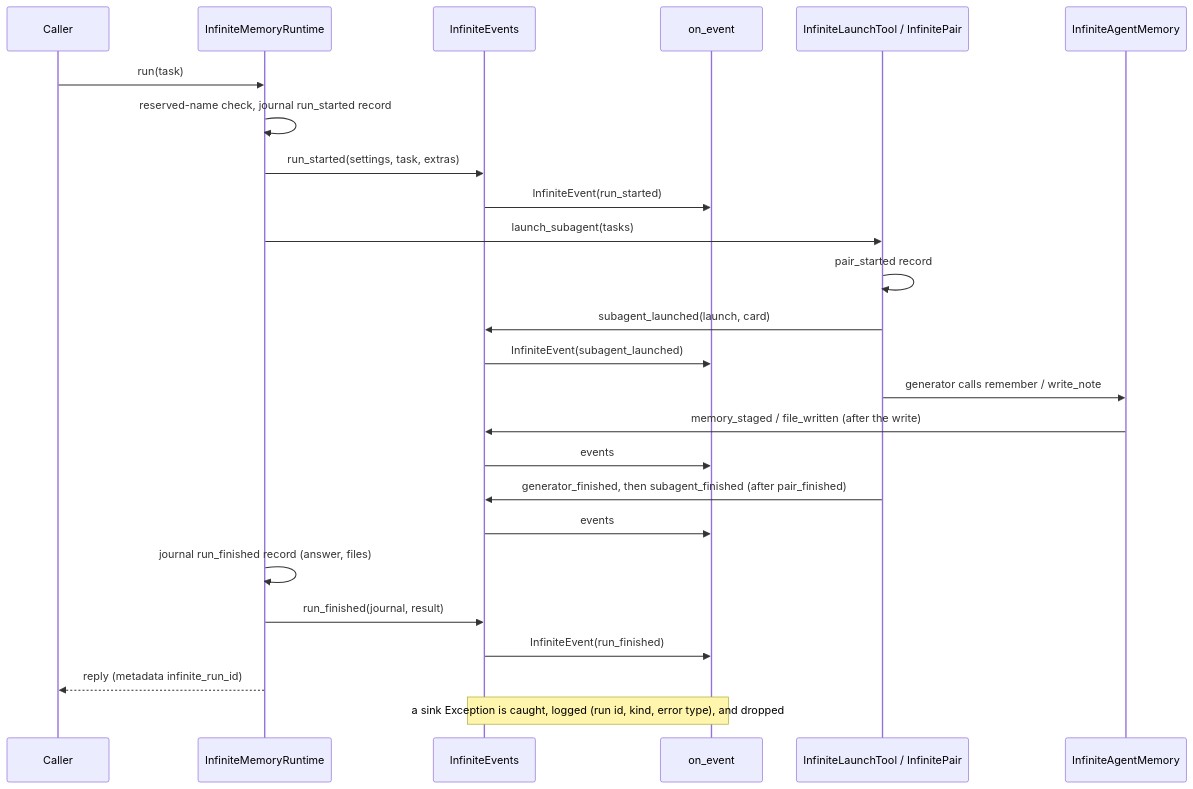
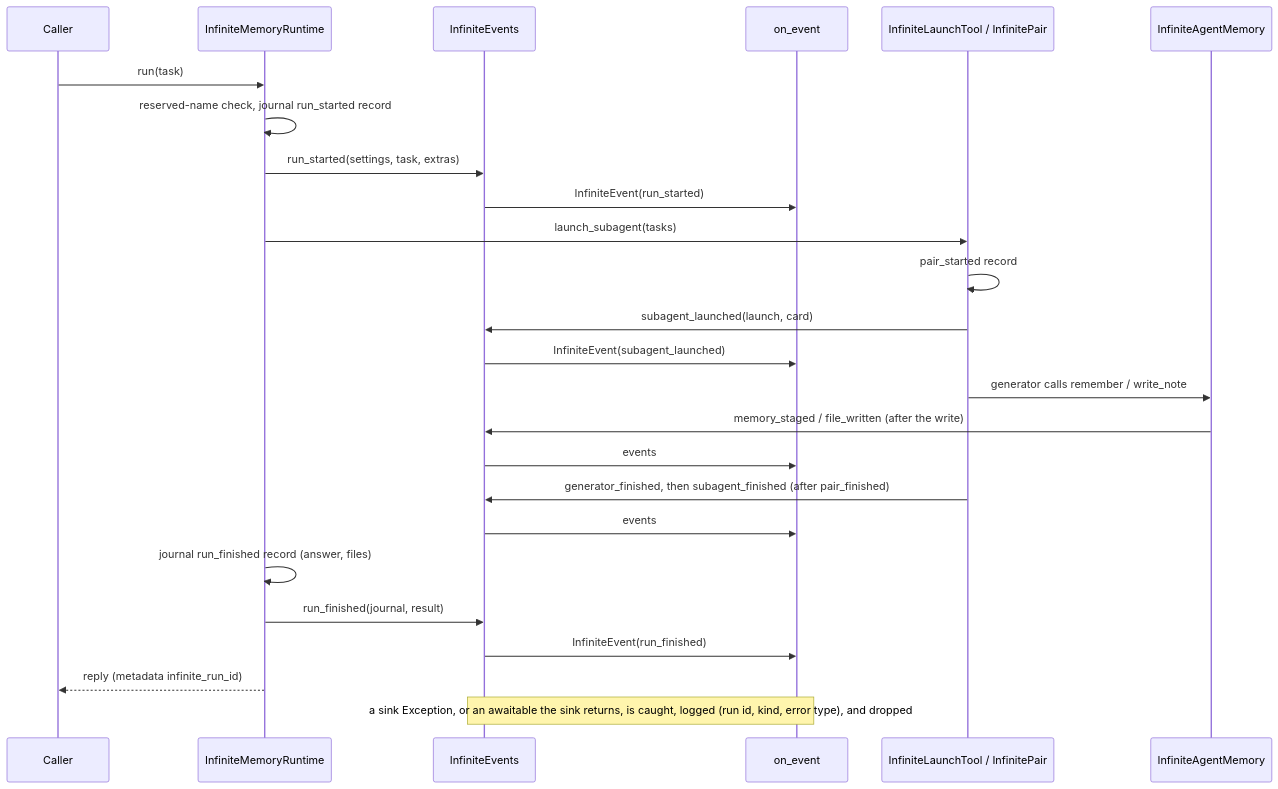
The second of 2 diagrams in docs/spec/infinite-memory-events/spec.md (cerredz/Vidbyte-SDK), drawn with Mermaid before and after one commit. The commit also changed other lines of this file, not shown here.

Commit message:
docs(spec): revise infinite-memory-events spec r2 (re-baseline on #1113, bound event sizes, review r1)

````diff
--- a/docs/spec/infinite-memory-events/spec.md
+++ b/docs/spec/infinite-memory-events/spec.md
@@ -125,27 +127,27 @@
 ```mermaid
 sequenceDiagram
   participant Caller
   participant Runtime as InfiniteMemoryRuntime
   participant Events as InfiniteEvents
   participant Sink as on_event
   participant Launch as InfiniteLaunchTool / InfinitePair
   participant Memory as InfiniteAgentMemory
   Caller->>Runtime: run(task)
   Runtime->>Runtime: reserved-name check, journal run_started record
   Runtime->>Events: run_started(settings, task, extras)
   Events->>Sink: InfiniteEvent(run_started)
   Runtime->>Launch: launch_subagent(tasks)
   Launch->>Launch: pair_started record
   Launch->>Events: subagent_launched(launch, card)
   Events->>Sink: InfiniteEvent(subagent_launched)
   Launch->>Memory: generator calls remember / write_note
   Memory->>Events: memory_staged / file_written (after the write)
   Events->>Sink: events
   Launch->>Events: generator_finished, then subagent_finished (after pair_finished)
   Events->>Sink: events
   Runtime->>Runtime: journal run_finished record (answer, files)
   Runtime->>Events: run_finished(journal, result)
   Events->>Sink: InfiniteEvent(run_finished)
   Runtime-->>Caller: reply (metadata infinite_run_id)
-  Note over Events,Sink: a sink Exception is caught, logged (run id, kind, error type), and dropped
+  Note over Events,Sink: a sink Exception, or an awaitable the sink returns, is caught, logged (run id, kind, error type), and dropped
 ```
````
